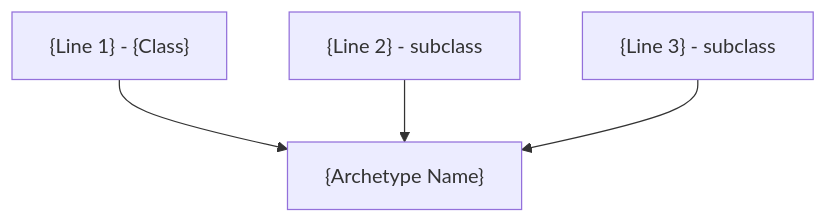
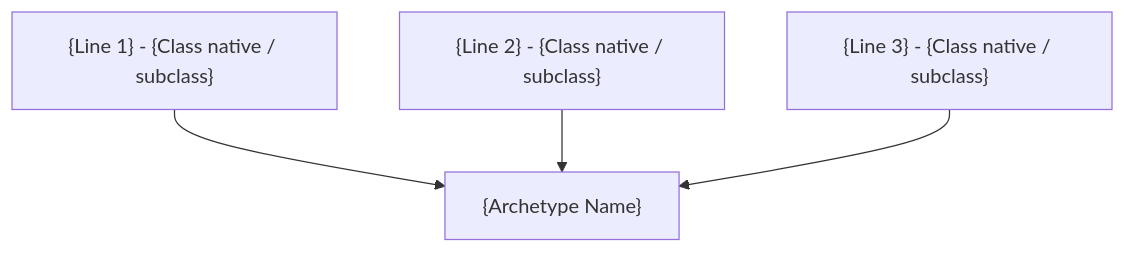
The first of 3 diagrams in examples/templates/template_plan.md (solaegis/CharacterMarkdown), drawn with Mermaid before and after one commit. The commit also changed other lines of this file and 7 other files, not shown here.

````diff
--- a/examples/templates/template_plan.md
+++ b/examples/templates/template_plan.md
@@ -54,7 +70,7 @@
 ```mermaid
 graph TD
-    %% Three lines → archetype. Replace nodes with your lines and signature skills.
-    A["{Line 1} - {Class}"] --> D["{Archetype Name}"]
-    B["{Line 2} - subclass"] --> D
-    C["{Line 3} - subclass"] --> D
+    %% Three lines → archetype. Label each node KEEP or subclass origin.
+    A["{Line 1} - {Class native / subclass}"] --> D["{Archetype Name}"]
+    B["{Line 2} - {Class native / subclass}"] --> D
+    C["{Line 3} - {Class native / subclass}"] --> D
 ```
````
